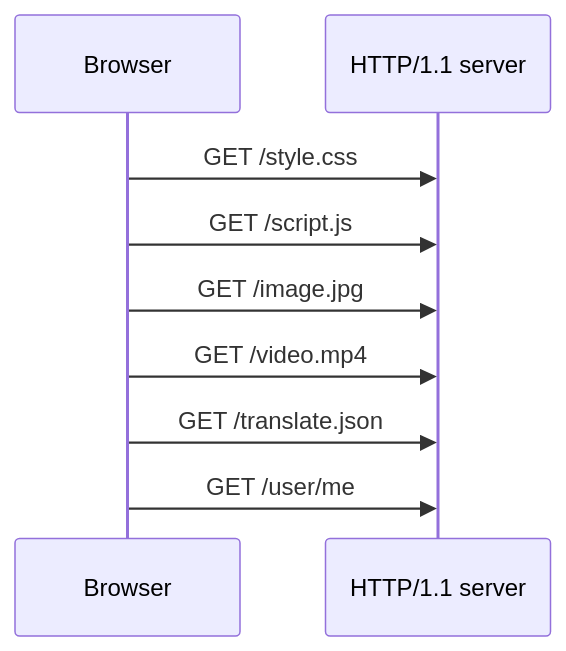
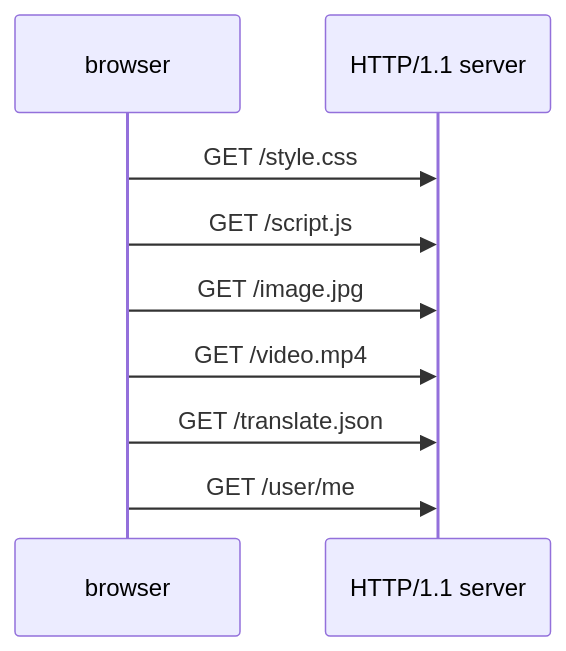
One commit to samuel871211/yusheng-tech-blog changed the diagram in docs/http/http-1.1-pipelining-and-hol-blocking.md. Above: the diagram before and after it, drawn with Mermaid. The commit also changed other lines of this file, not shown here.

````diff
--- a/docs/http/http-1.1-pipelining-and-hol-blocking.md
+++ b/docs/http/http-1.1-pipelining-and-hol-blocking.md
@@ -16,12 +16,12 @@
 ```mermaid
 sequenceDiagram
-  participant Browser
-  participant HTTP/1.1 server
+  participant b as browser
+  participant s as HTTP/1.1 server
 
-  Browser ->> HTTP/1.1 server: GET /style.css
-  Browser ->> HTTP/1.1 server: GET /script.js
-  Browser ->> HTTP/1.1 server: GET /image.jpg
-  Browser ->> HTTP/1.1 server: GET /video.mp4
-  Browser ->> HTTP/1.1 server: GET /translate.json
-  Browser ->> HTTP/1.1 server: GET /user/me
+  b ->> s: GET /style.css
+  b ->> s: GET /script.js
+  b ->> s: GET /image.jpg
+  b ->> s: GET /video.mp4
+  b ->> s: GET /translate.json
+  b ->> s: GET /user/me
 ```
````
